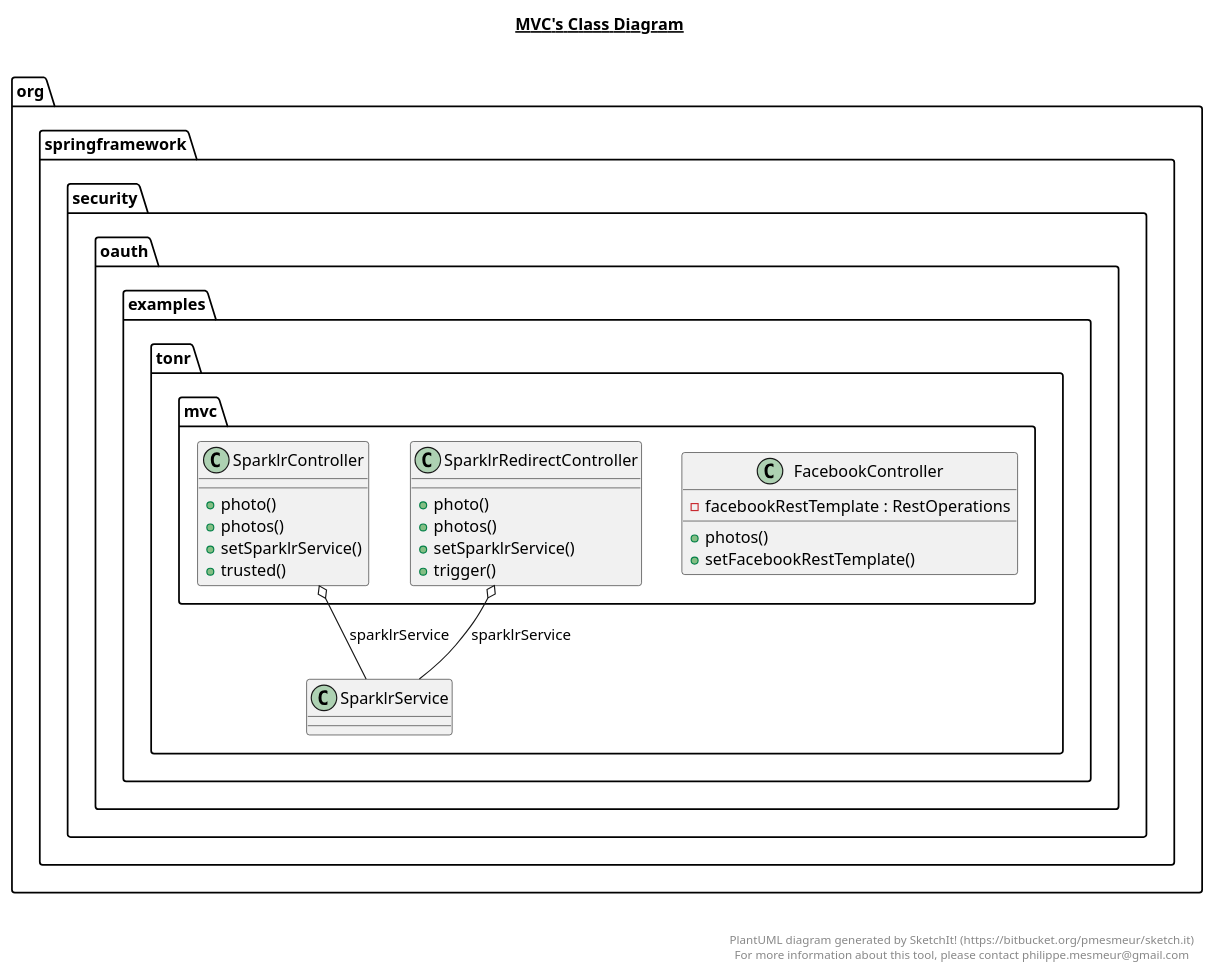
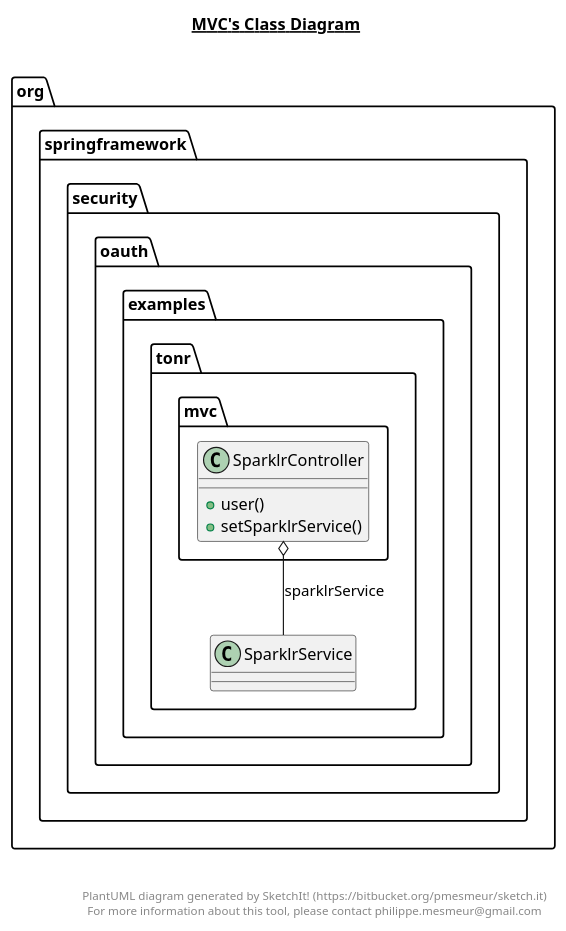
One commit to zwan2016/spring-security-oauth changed the diagram in samples/oauth2/tonr/src/main/java/org/springframework/security/oauth/examples/tonr/mvc/mvc.plantuml. Above: the diagram before and after it, drawn with PlantUML. The commit also changed 10 other files, not shown here.

```diff
--- a/samples/oauth2/tonr/src/main/java/org/springframework/security/oauth/examples/tonr/mvc/mvc.plantuml
+++ b/samples/oauth2/tonr/src/main/java/org/springframework/security/oauth/examples/tonr/mvc/mvc.plantuml
@@ -1,51 +1,27 @@
 @startuml
 
 title __MVC's Class Diagram__\n
-
-  namespace org.springframework.security.oauth.examples.tonr {
-    namespace mvc {
-      class org.springframework.security.oauth.examples.tonr.mvc.FacebookController {
-          - facebookRestTemplate : RestOperations
-          + photos()
-          + setFacebookRestTemplate()
-      }
-    }
-  }
   
 
   namespace org.springframework.security.oauth.examples.tonr {
     namespace mvc {
       class org.springframework.security.oauth.examples.tonr.mvc.SparklrController {
-          + photo()
-          + photos()
+          + user()
           + setSparklrService()
-          + trusted()
       }
     }
   }
-  
 
-  namespace org.springframework.security.oauth.examples.tonr {
-    namespace mvc {
-      class org.springframework.security.oauth.examples.tonr.mvc.SparklrRedirectController {
-          + photo()
-          + photos()
-          + setSparklrService()
-          + trigger()
-      }
-    }
-  }
   
 
   org.springframework.security.oauth.examples.tonr.mvc.SparklrController o-- org.springframework.security.oauth.examples.tonr.SparklrService : sparklrService
-  org.springframework.security.oauth.examples.tonr.mvc.SparklrRedirectController o-- org.springframework.security.oauth.examples.tonr.SparklrService : sparklrService
 
 
 right footer
 
 
 PlantUML diagram generated by SketchIt! (https://bitbucket.org/pmesmeur/sketch.it)
 For more information about this tool, please contact philippe.mesmeur@gmail.com
 endfooter
 
 @enduml
```
